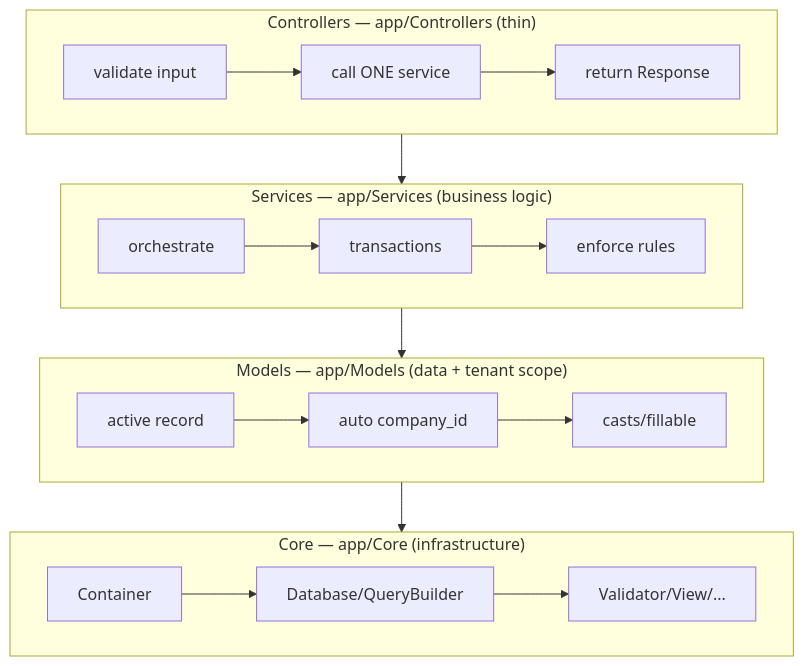
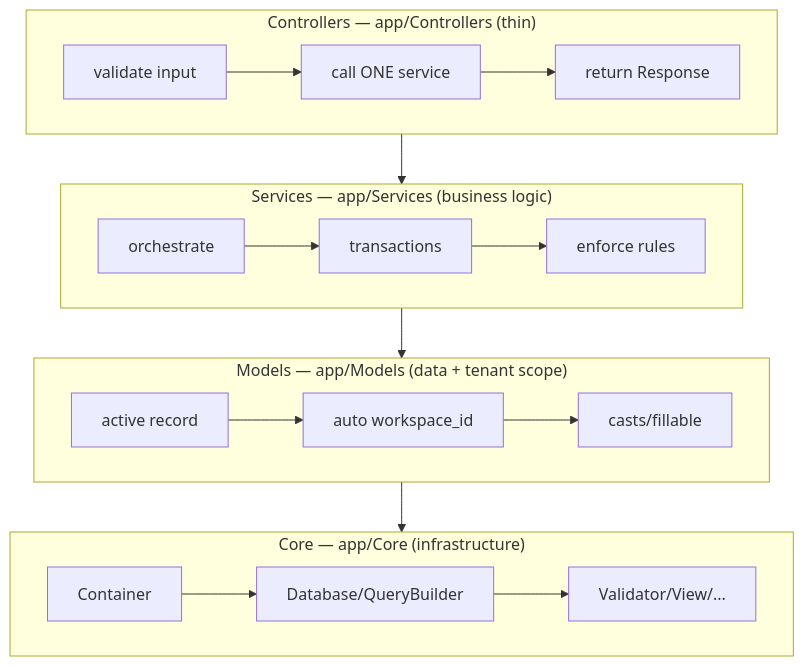
One commit to ammarnabileg/crm changed the first of 2 diagrams in docs/31-Backend-Architecture.md. Above: the diagram before and after it, drawn with Mermaid. The commit also changed other lines of this file and 47 other files, not shown here.

````diff
--- a/docs/31-Backend-Architecture.md
+++ b/docs/31-Backend-Architecture.md
@@ -34,20 +34,20 @@
 ```mermaid
 flowchart TB
     subgraph L1["Controllers — app/Controllers (thin)"]
         direction LR
         C1["validate input"] --> C2["call ONE service"] --> C3["return Response"]
     end
     subgraph L2["Services — app/Services (business logic)"]
         direction LR
         S1["orchestrate"] --> S2["transactions"] --> S3["enforce rules"]
     end
     subgraph L3["Models — app/Models (data + tenant scope)"]
         direction LR
-        M1["active record"] --> M2["auto company_id"] --> M3["casts/fillable"]
+        M1["active record"] --> M2["auto workspace_id"] --> M3["casts/fillable"]
     end
     subgraph L4["Core — app/Core (infrastructure)"]
         direction LR
         K1["Container"] --> K2["Database/QueryBuilder"] --> K3["Validator/View/..."]
     end
     L1 --> L2 --> L3 --> L4
 ```
````
